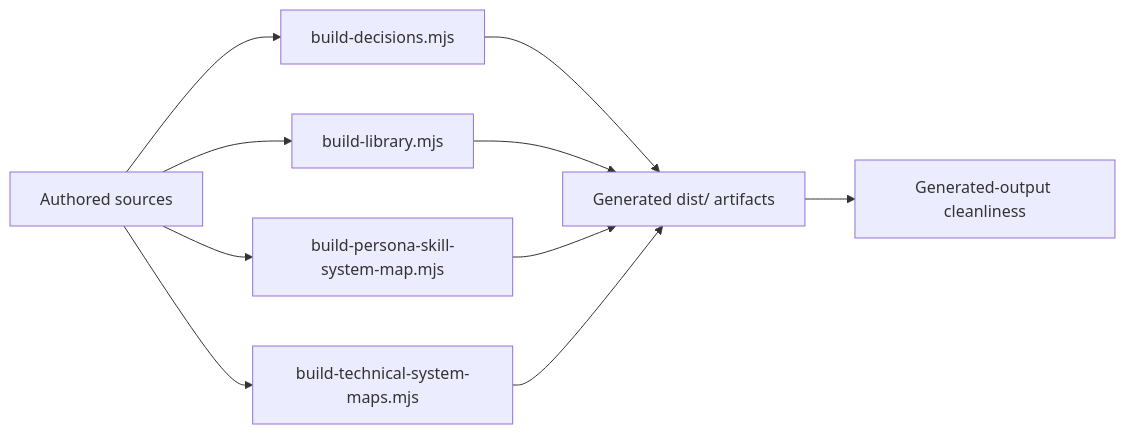
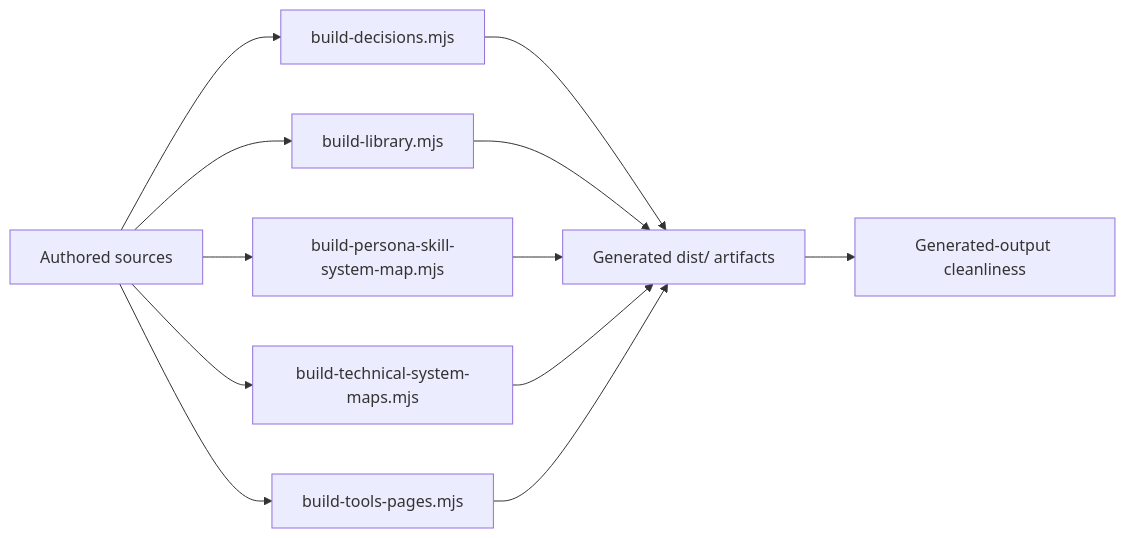
One commit to rickvang/Persona-Library changed the diagram in dist/data/system-map/source-generated.mmd. Above: the diagram before and after it, drawn with Mermaid. The commit also changed 26 other files, not shown here.

First line of the commit message:
Publish Tools from shared source records and references (#280)

```diff
--- a/dist/data/system-map/source-generated.mmd
+++ b/dist/data/system-map/source-generated.mmd
@@ -1,18 +1,21 @@
 %% GENERATED. Bounded Source/generated overview; full relationships are in JSON.
 flowchart LR
   source["Authored sources"]
   generated["Generated dist/ artifacts"]
   validation["Generated-output cleanliness"]
   n_build_step_scripts_build_decisions_mjs["build-decisions.mjs"]
   n_build_step_scripts_build_library_mjs["build-library.mjs"]
   n_build_step_scripts_build_persona_skill_system_map_mjs["build-persona-skill-system-map.mjs"]
   n_build_step_scripts_build_technical_system_maps_mjs["build-technical-system-maps.mjs"]
+  n_build_step_scripts_build_tools_pages_mjs["build-tools-pages.mjs"]
   source --> n_build_step_scripts_build_decisions_mjs
   n_build_step_scripts_build_decisions_mjs --> generated
   source --> n_build_step_scripts_build_library_mjs
   n_build_step_scripts_build_library_mjs --> generated
   source --> n_build_step_scripts_build_persona_skill_system_map_mjs
   n_build_step_scripts_build_persona_skill_system_map_mjs --> generated
   source --> n_build_step_scripts_build_technical_system_maps_mjs
   n_build_step_scripts_build_technical_system_maps_mjs --> generated
+  source --> n_build_step_scripts_build_tools_pages_mjs
+  n_build_step_scripts_build_tools_pages_mjs --> generated
   generated --> validation
```
